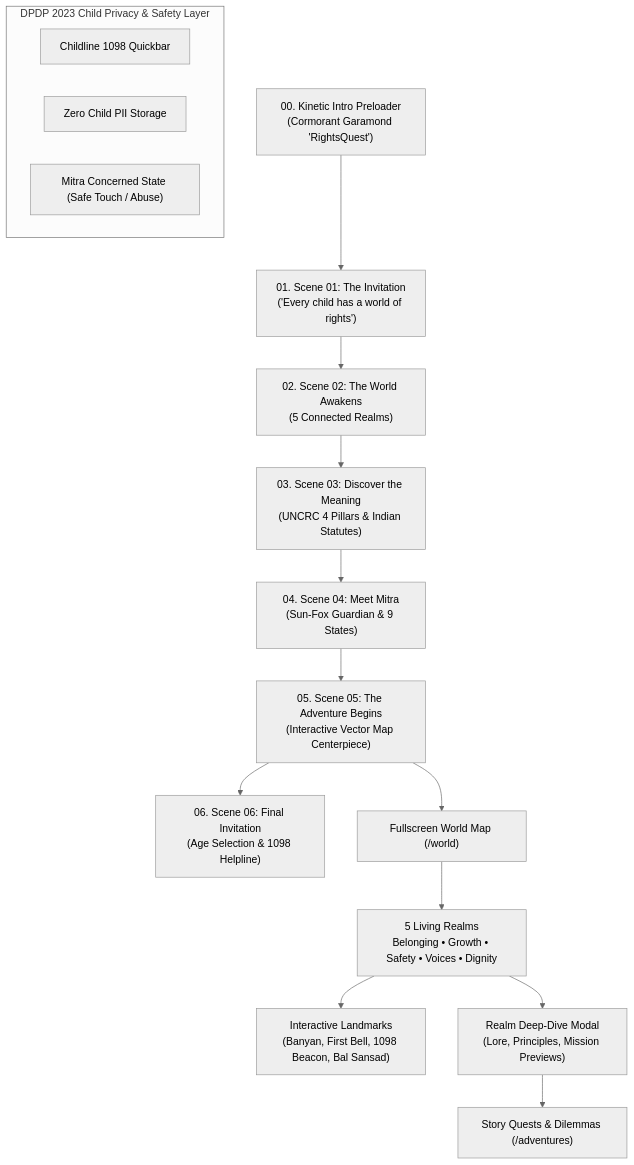
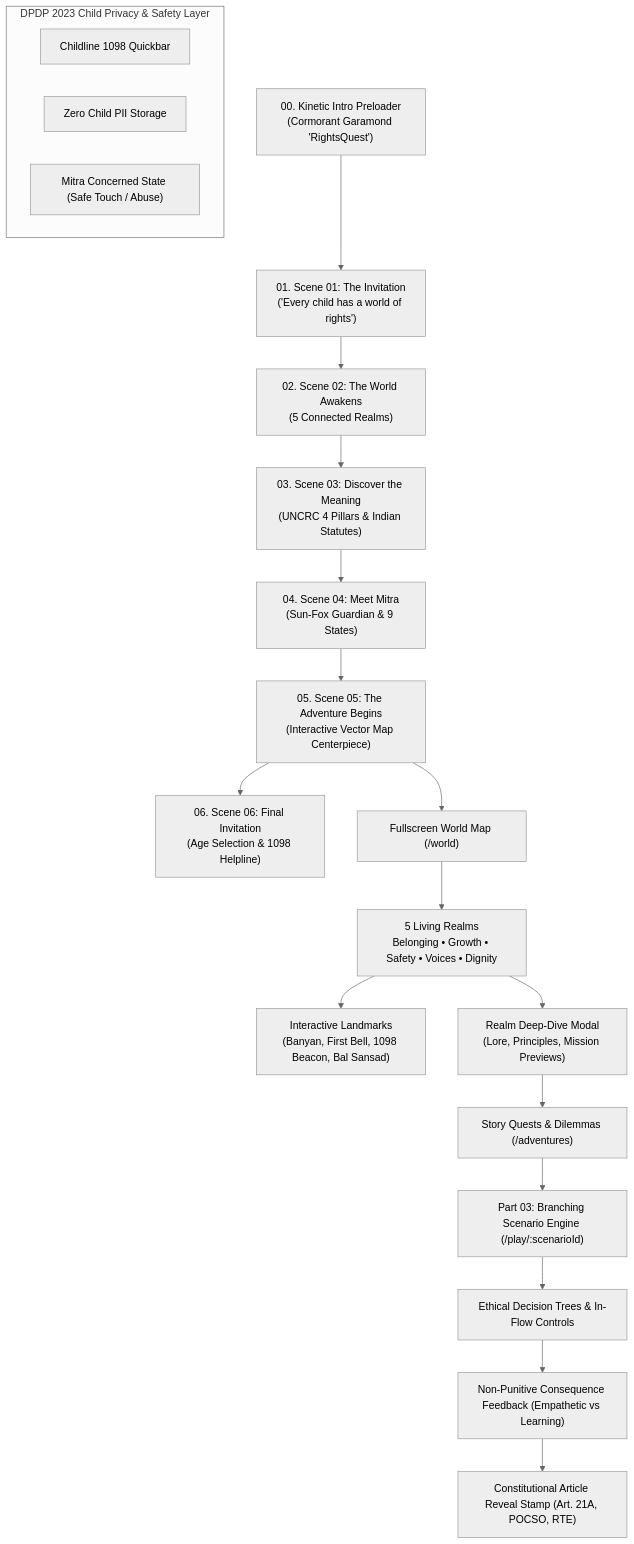
Before and after one commit to VaradAnnadate/MajorProject: the diagram in docs/README.md, drawn with Mermaid (neutral theme). The commit also changed other lines of this file and 2 other files, not shown here.

````diff
--- a/docs/README.md
+++ b/docs/README.md
@@ -9,21 +9,25 @@
 ```mermaid
 flowchart TD
     Intro["00. Kinetic Intro Preloader<br/>(Cormorant Garamond 'RightsQuest')"] --> Hero["01. Scene 01: The Invitation<br/>('Every child has a world of rights')"]
     Hero --> Parallax["02. Scene 02: The World Awakens<br/>(5 Connected Realms)"]
     Parallax --> Metaphor["03. Scene 03: Discover the Meaning<br/>(UNCRC 4 Pillars & Indian Statutes)"]
     Metaphor --> Companion["04. Scene 04: Meet Mitra<br/>(Sun-Fox Guardian & 9 States)"]
     Companion --> MapPortal["05. Scene 05: The Adventure Begins<br/>(Interactive Vector Map Centerpiece)"]
     MapPortal --> FinalCTA["06. Scene 06: Final Invitation<br/>(Age Selection & 1098 Helpline)"]
 
     MapPortal --> WorldPage["Fullscreen World Map (/world)"]
     WorldPage --> Realms["5 Living Realms<br/>Belonging • Growth • Safety • Voices • Dignity"]
     Realms --> Landmarks["Interactive Landmarks<br/>(Banyan, First Bell, 1098 Beacon, Bal Sansad)"]
     Realms --> Modal["Realm Deep-Dive Modal<br/>(Lore, Principles, Mission Previews)"]
     Modal --> Adventures["Story Quests & Dilemmas (/adventures)"]
+    Adventures --> Gameplay["Part 03: Branching Scenario Engine (/play/:scenarioId)"]
+    Gameplay --> Choices["Ethical Decision Trees & In-Flow Controls"]
+    Choices --> Consequence["Non-Punitive Consequence Feedback (Empathetic vs Learning)"]
+    Consequence --> ArticleStamp["Constitutional Article Reveal Stamp (Art. 21A, POCSO, RTE)"]
     
     subgraph Safeguards ["DPDP 2023 Child Privacy & Safety Layer"]
         Helpline["Childline 1098 Quickbar"]
         ZeroPII["Zero Child PII Storage"]
         MascotSafeguard["Mitra Concerned State (Safe Touch / Abuse)"]
     end
 ```
````
